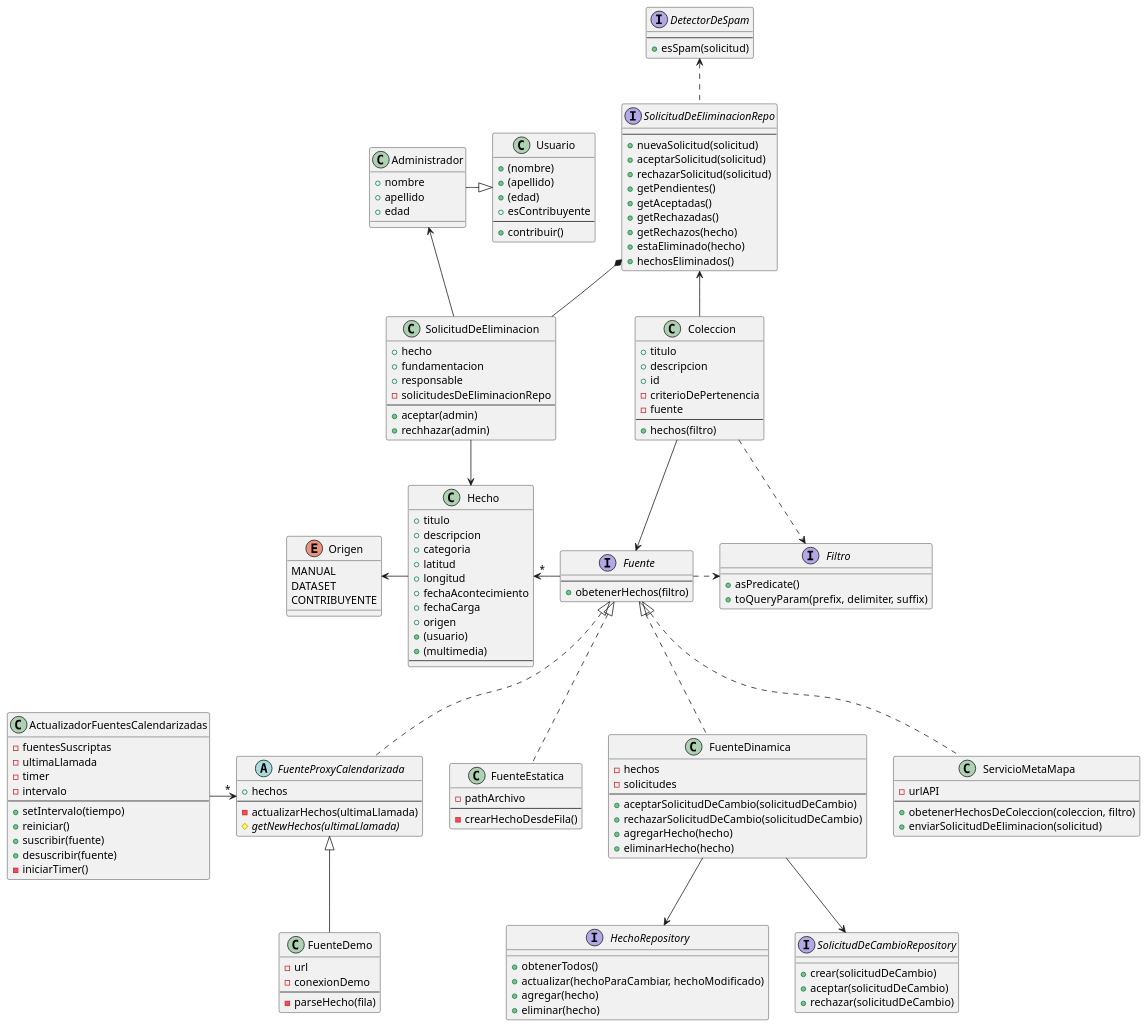
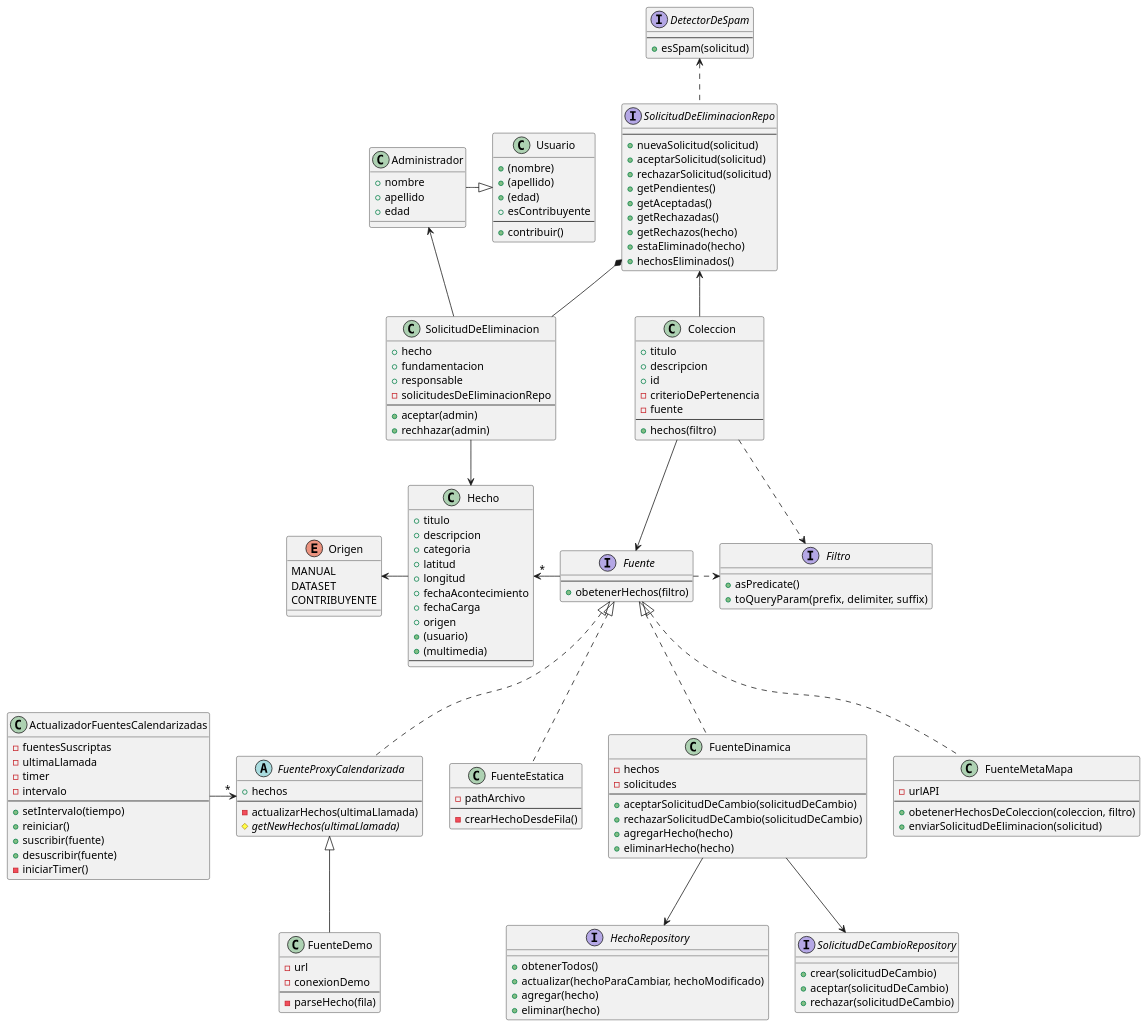
The diagram in diagramas/diagrama-clases.puml (lrizzitano/Metamapa), drawn with PlantUML before and after one commit. The commit also changed 3 other files, not shown here.

Commit message:
actualizo diagramas y decisiones

```diff
--- a/diagramas/diagrama-clases.puml
+++ b/diagramas/diagrama-clases.puml
@@ -1,181 +1,181 @@
 @startuml MetaMapa
 
 class Usuario {
     +(nombre)
     +(apellido)
     +(edad)
     +esContribuyente
     --
     +contribuir()
 }
 
 class Administrador {
     +nombre
     +apellido
     +edad
 }
 
 class SolicitudDeEliminacion {
     +hecho
     +fundamentacion
     +responsable
     -solicitudesDeEliminacionRepo
     --
     +aceptar(admin)
     +rechhazar(admin)
 }
 
 interface SolicitudDeEliminacionRepo {
     --
     +nuevaSolicitud(solicitud)
     +aceptarSolicitud(solicitud)
     +rechazarSolicitud(solicitud)
     +getPendientes()
     +getAceptadas()
     +getRechazadas()
     +getRechazos(hecho)
     +estaEliminado(hecho)
     +hechosEliminados()
 }
 
 interface DetectorDeSpam {
     --
     +esSpam(solicitud)
 }
 
 
 class Coleccion {
     +titulo
     +descripcion
     +id
     -criterioDePertenencia
     -fuente
     --
     +hechos(filtro)
 }
 
 interface Fuente {
     --
     +obetenerHechos(filtro)
 }
 
 class Hecho {
     +titulo
     +descripcion
     +categoria
     +latitud
     +longitud
     +fechaAcontecimiento
     +fechaCarga
     +origen
     +(usuario)
     +(multimedia)
     --
 }
 
 enum Origen {
     MANUAL
     DATASET
     CONTRIBUYENTE
 }
 
 interface Filtro {
     +asPredicate()
     +toQueryParam(prefix, delimiter, suffix)
 }
 
 class FuenteEstatica {
     -pathArchivo
     --
     -crearHechoDesdeFila()
 }
 
 class FuenteDinamica {
     -hechos
     -solicitudes
     --
     +aceptarSolicitudDeCambio(solicitudDeCambio)
     +rechazarSolicitudDeCambio(solicitudDeCambio)
     +agregarHecho(hecho)
     +eliminarHecho(hecho)
 }
 
 interface  HechoRepository {
     +obtenerTodos()
     +actualizar(hechoParaCambiar, hechoModificado)
     +agregar(hecho)
     +eliminar(hecho)
 }
 
 interface SolicitudDeCambioRepository {
     +crear(solicitudDeCambio)
     +aceptar(solicitudDeCambio)
     +rechazar(solicitudDeCambio)
 }
 
 abstract class FuenteProxyCalendarizada {
     +hechos
     --
     -actualizarHechos(ultimaLlamada)
     #getNewHechos(ultimaLlamada) {abstract}
 }
 
 class FuenteDemo {
     -url
     -conexionDemo
     --
     -parseHecho(fila)
 }
 
-class ServicioMetaMapa {
+class FuenteMetaMapa {
     -urlAPI
     --
     +obetenerHechosDeColeccion(coleccion, filtro)
     +enviarSolicitudDeEliminacion(solicitud)
 }
 
 class ActualizadorFuentesCalendarizadas {
     -fuentesSuscriptas
     -ultimaLlamada
     -timer
     -intervalo
     --
     +setIntervalo(tiempo)
     +reiniciar()
     +suscribir(fuente)
     +desuscribir(fuente)
     -iniciarTimer()
 }
 
 
 Administrador -r-|> Usuario
 
 
 Coleccion --> Fuente
 Coleccion .r.> Filtro
 
 Fuente -l-> "*" Hecho
 Fuente .r.>Filtro
 
 FuenteEstatica .u.|> Fuente
 FuenteProxyCalendarizada .u.|> Fuente
-ServicioMetaMapa .u.|> Fuente
+FuenteMetaMapa .u.|> Fuente
 FuenteDemo -u-|> FuenteProxyCalendarizada
 FuenteDinamica .u.|> Fuente
 FuenteDinamica --> HechoRepository
 FuenteDinamica --> SolicitudDeCambioRepository
 
 
 Hecho -l-> Origen
 
 SolicitudDeEliminacion --> Hecho
 SolicitudDeEliminacion -u-> Administrador
 
 SolicitudDeEliminacionRepo *-- SolicitudDeEliminacion
 DetectorDeSpam <.. SolicitudDeEliminacionRepo
 SolicitudDeEliminacionRepo <-- Coleccion
 
 ActualizadorFuentesCalendarizadas -r->"*" FuenteProxyCalendarizada
 
 
 @enduml
```
